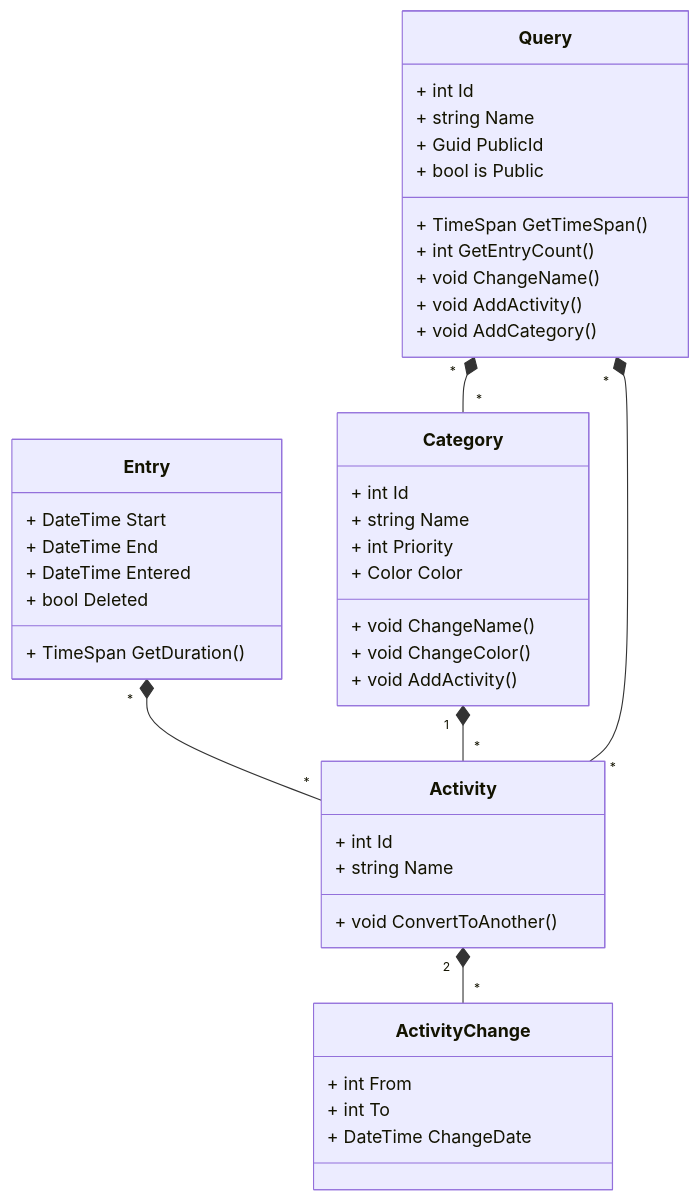
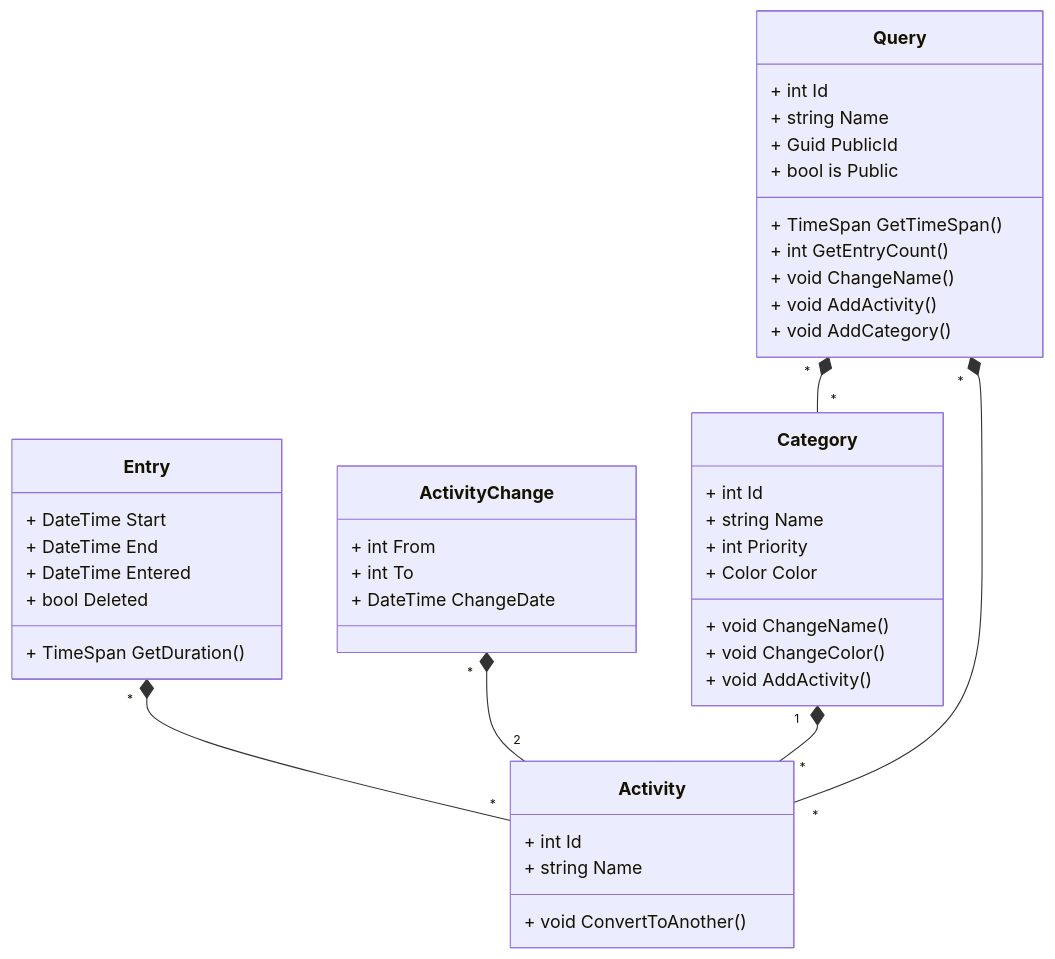
Before and after one commit to theodor349/WeeklyReview: the first of 5 diagrams in Documentation/Design Analysis/Problem Domain Analysis.md, drawn with Mermaid.

Commit message:
Fliped aggregation

````diff
--- a/Documentation/Design Analysis/Problem Domain Analysis.md
+++ b/Documentation/Design Analysis/Problem Domain Analysis.md
@@ -109,46 +109,46 @@
 ```mermaid
 classDiagram
   Entry "*" *-- "*" Activity 
-  Activity "2" *-- "*" ActivityChange 
+  ActivityChange "*" *-- "2" Activity 
   Category "1" *-- "*" Activity
   Query "*" *-- "*" Activity
   Query "*" *-- "*" Category
 
   class Entry {
     + DateTime Start
     + DateTime End
     + DateTime Entered
     + bool Deleted
     + TimeSpan GetDuration()
   }
   class Activity {
     + int Id
     + string Name
     + void ConvertToAnother()
   }
   class ActivityChange{
     + int From
     + int To
     + DateTime ChangeDate
   }
   class Category {
     + int Id
     + string Name
     + int Priority
     + Color Color
     + void ChangeName()
     + void ChangeColor()
     + void AddActivity()
   }
   class Query {
     + int Id
     + string Name
     + Guid PublicId
     + bool is Public
     + TimeSpan GetTimeSpan()
     + int GetEntryCount()
     + void ChangeName()
     + void AddActivity()
     + void AddCategory()
   }
 ```
````
